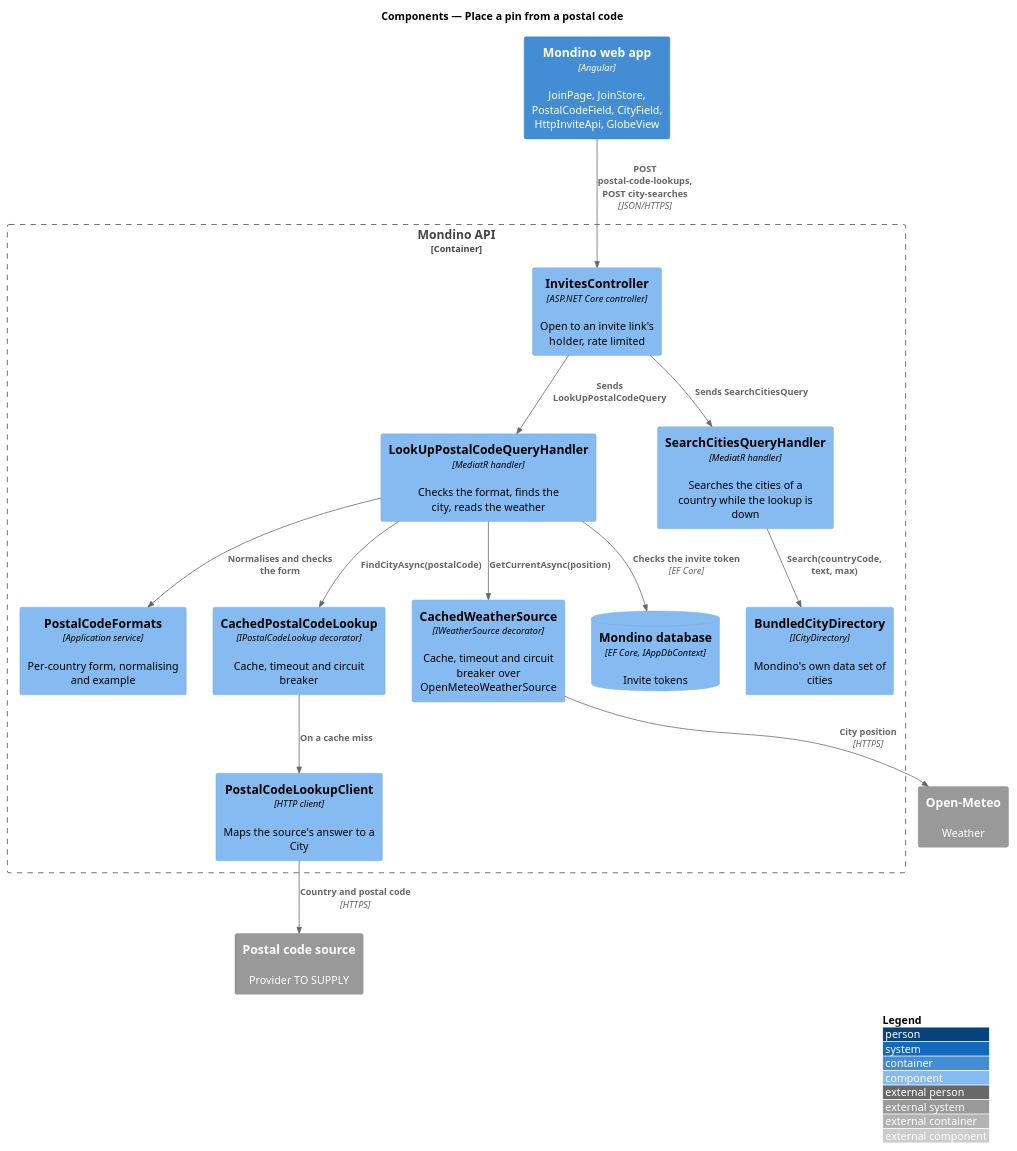
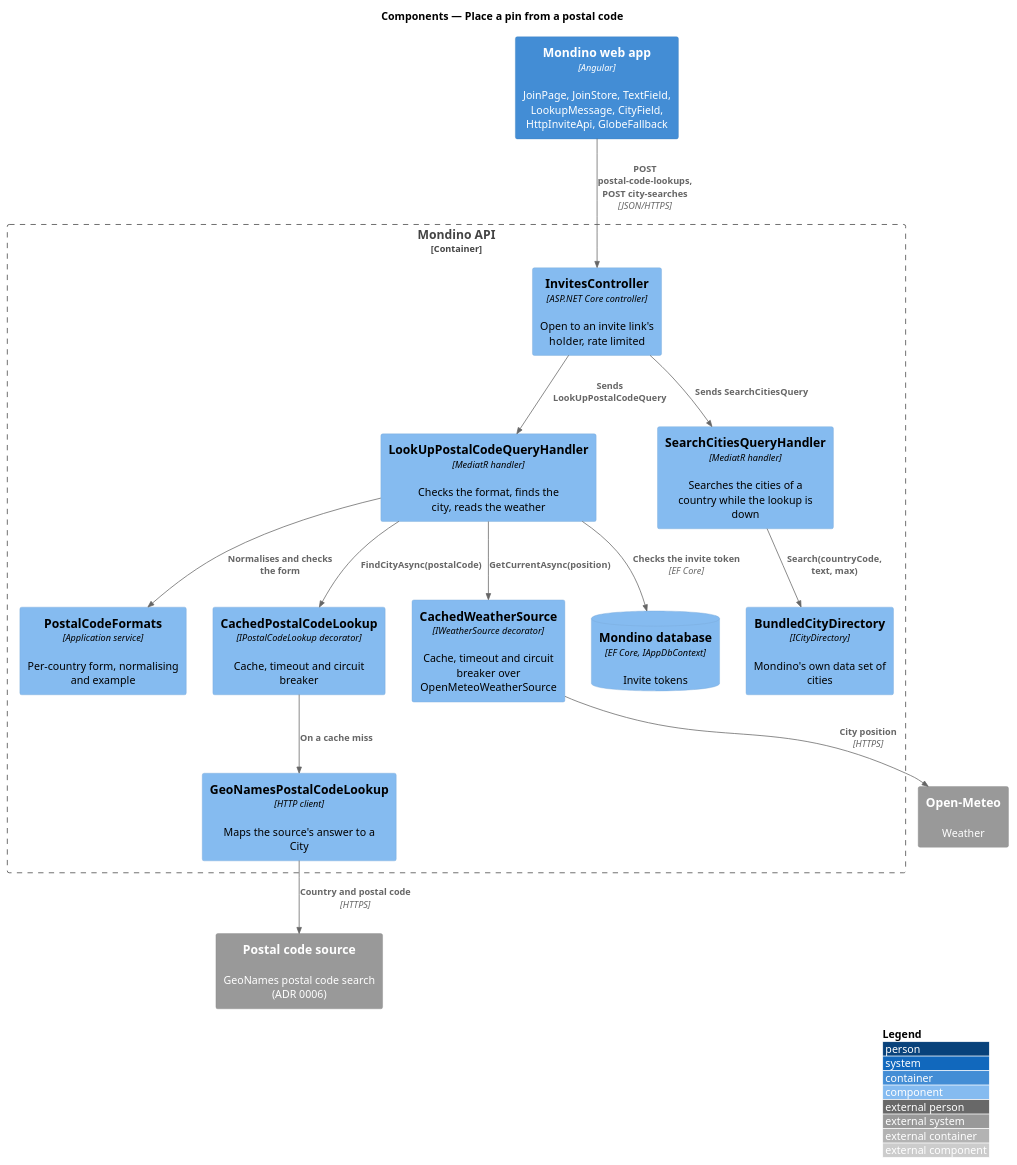
Before and after one commit to QuinntyneBrown/Mondino: the diagram in docs/detailed-designs/joining/place-pin-from-postal-code/diagrams/c4-component.puml, drawn with PlantUML. The commit also changed 36 other files, not shown here.

First line of the commit message:
Draw the city list, choose GeoNames as the postal code source and settle the lookup's open points

```diff
--- a/docs/detailed-designs/joining/place-pin-from-postal-code/diagrams/c4-component.puml
+++ b/docs/detailed-designs/joining/place-pin-from-postal-code/diagrams/c4-component.puml
@@ -1,32 +1,32 @@
 @startuml
 !include <C4/C4_Component>
 LAYOUT_WITH_LEGEND()
 title Components — Place a pin from a postal code
 
-Container(web, "Mondino web app", "Angular", "JoinPage, JoinStore, PostalCodeField, CityField, HttpInviteApi, GlobeView")
+Container(web, "Mondino web app", "Angular", "JoinPage, JoinStore, TextField, LookupMessage, CityField, HttpInviteApi, GlobeFallback")
 Container_Boundary(api, "Mondino API") {
   Component(ctrl, "InvitesController", "ASP.NET Core controller", "Open to an invite link's holder, rate limited")
   Component(handler, "LookUpPostalCodeQueryHandler", "MediatR handler", "Checks the format, finds the city, reads the weather")
   Component(formats, "PostalCodeFormats", "Application service", "Per-country form, normalising and example")
   Component(lookup, "CachedPostalCodeLookup", "IPostalCodeLookup decorator", "Cache, timeout and circuit breaker")
-  Component(lookupClient, "PostalCodeLookupClient", "HTTP client", "Maps the source's answer to a City")
+  Component(lookupClient, "GeoNamesPostalCodeLookup", "HTTP client", "Maps the source's answer to a City")
   Component(weather, "CachedWeatherSource", "IWeatherSource decorator", "Cache, timeout and circuit breaker over OpenMeteoWeatherSource")
   Component(search, "SearchCitiesQueryHandler", "MediatR handler", "Searches the cities of a country while the lookup is down")
   Component(directory, "BundledCityDirectory", "ICityDirectory", "Mondino's own data set of cities")
   ComponentDb(db, "Mondino database", "EF Core, IAppDbContext", "Invite tokens")
 }
-System_Ext(postal, "Postal code source", "Provider TO SUPPLY")
+System_Ext(postal, "Postal code source", "GeoNames postal code search (ADR 0006)")
 System_Ext(meteo, "Open-Meteo", "Weather")
 
 Rel(web, ctrl, "POST postal-code-lookups, POST city-searches", "JSON/HTTPS")
 Rel(ctrl, handler, "Sends LookUpPostalCodeQuery")
 Rel(ctrl, search, "Sends SearchCitiesQuery")
 Rel(search, directory, "Search(countryCode, text, max)")
 Rel(handler, db, "Checks the invite token", "EF Core")
 Rel(handler, formats, "Normalises and checks the form")
 Rel(handler, lookup, "FindCityAsync(postalCode)")
 Rel(lookup, lookupClient, "On a cache miss")
 Rel(lookupClient, postal, "Country and postal code", "HTTPS")
 Rel(handler, weather, "GetCurrentAsync(position)")
 Rel(weather, meteo, "City position", "HTTPS")
 @enduml
```
